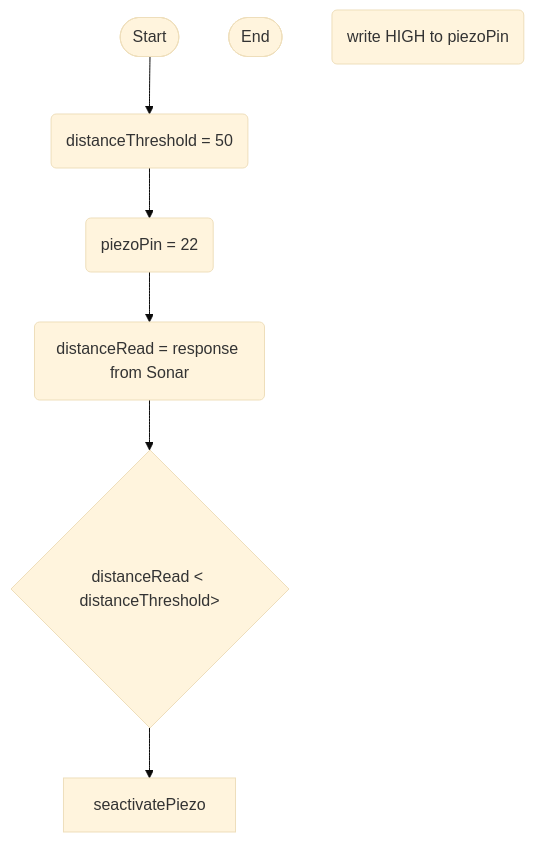
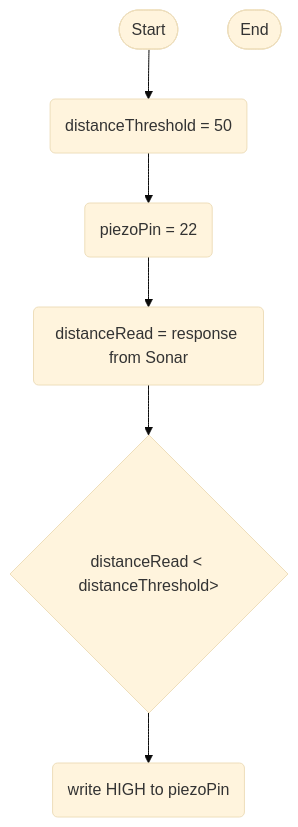
One commit to 0717330/arduino-board-project changed the diagram in logic.md. Above: the diagram before and after it, drawn with Mermaid (base theme).

````diff
--- a/logic.md
+++ b/logic.md
@@ -1,17 +1,17 @@
 ```mermaid
 flowchart TD
 terminalStart([Start])
 terminalEnd([End])
 
 thresholdSet(distanceThreshold = 50)
 setPiezoPin(piezoPin = 22)
 currentDistanceReading(distanceRead = response from Sonar)
 activatePiezo(write HIGH to piezoPin)
 ifDistanceLessThanThreshold{distanceRead < distanceThreshold>}
 
 terminalStart --> thresholdSet
 thresholdSet --> setPiezoPin
 setPiezoPin --> currentDistanceReading
 currentDistanceReading --> ifDistanceLessThanThreshold
-ifDistanceLessThanThreshold --> seactivatePiezo
+ifDistanceLessThanThreshold --> activatePiezo
 ```
````
